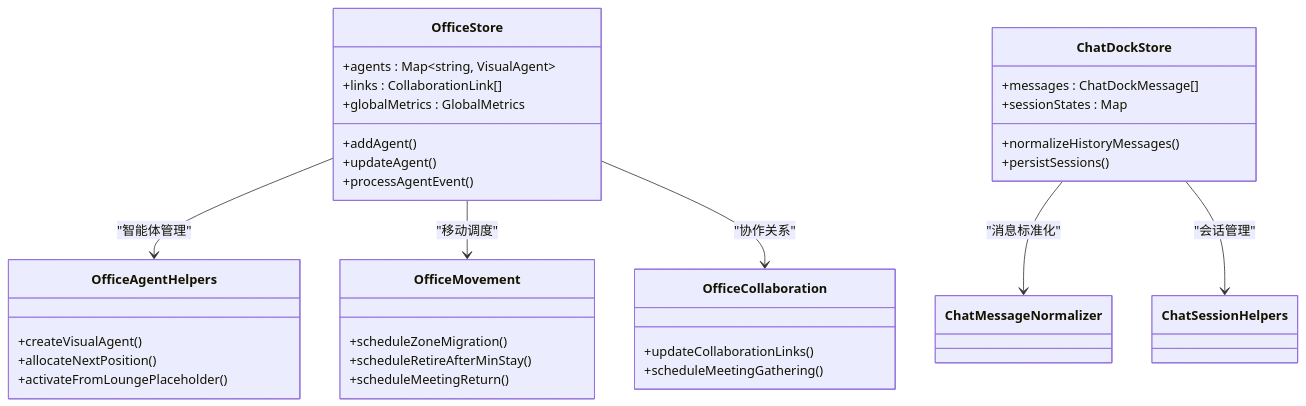
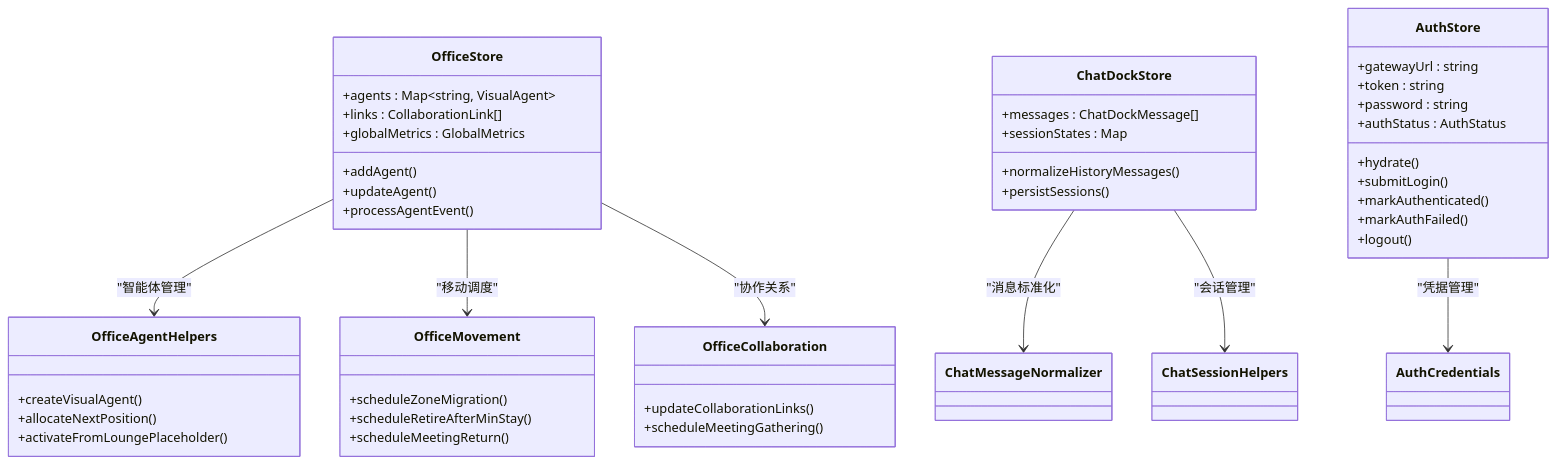
The eighth of 11 diagrams in .qoder/repowiki/zh/content/状态管理系统/状态管理系统.md (WW-AI-Lab/openclaw-office), drawn with Mermaid before and after one commit. The commit also changed other lines of this file and 9 other files, not shown here.

````diff
--- a/.qoder/repowiki/zh/content/状态管理系统/状态管理系统.md
+++ b/.qoder/repowiki/zh/content/状态管理系统/状态管理系统.md
@@ -396,36 +441,48 @@
 ```mermaid
 classDiagram
 class OfficeStore {
 +agents : Map~string, VisualAgent~
 +links : CollaborationLink[]
 +globalMetrics : GlobalMetrics
 +addAgent()
 +updateAgent()
 +processAgentEvent()
 }
 class OfficeAgentHelpers {
 +createVisualAgent()
 +allocateNextPosition()
 +activateFromLoungePlaceholder()
 }
 class OfficeMovement {
 +scheduleZoneMigration()
 +scheduleRetireAfterMinStay()
 +scheduleMeetingReturn()
 }
 class OfficeCollaboration {
 +updateCollaborationLinks()
 +scheduleMeetingGathering()
 }
 class ChatDockStore {
 +messages : ChatDockMessage[]
 +sessionStates : Map
 +normalizeHistoryMessages()
 +persistSessions()
 }
+class AuthStore {
++gatewayUrl : string
++token : string
++password : string
++authStatus : AuthStatus
++hydrate()
++submitLogin()
++markAuthenticated()
++markAuthFailed()
++logout()
+}
 OfficeStore --> OfficeAgentHelpers : "智能体管理"
 OfficeStore --> OfficeMovement : "移动调度"
 OfficeStore --> OfficeCollaboration : "协作关系"
 ChatDockStore --> ChatMessageNormalizer : "消息标准化"
 ChatDockStore --> ChatSessionHelpers : "会话管理"
+AuthStore --> AuthCredentials : "凭据管理"
 ```
````
